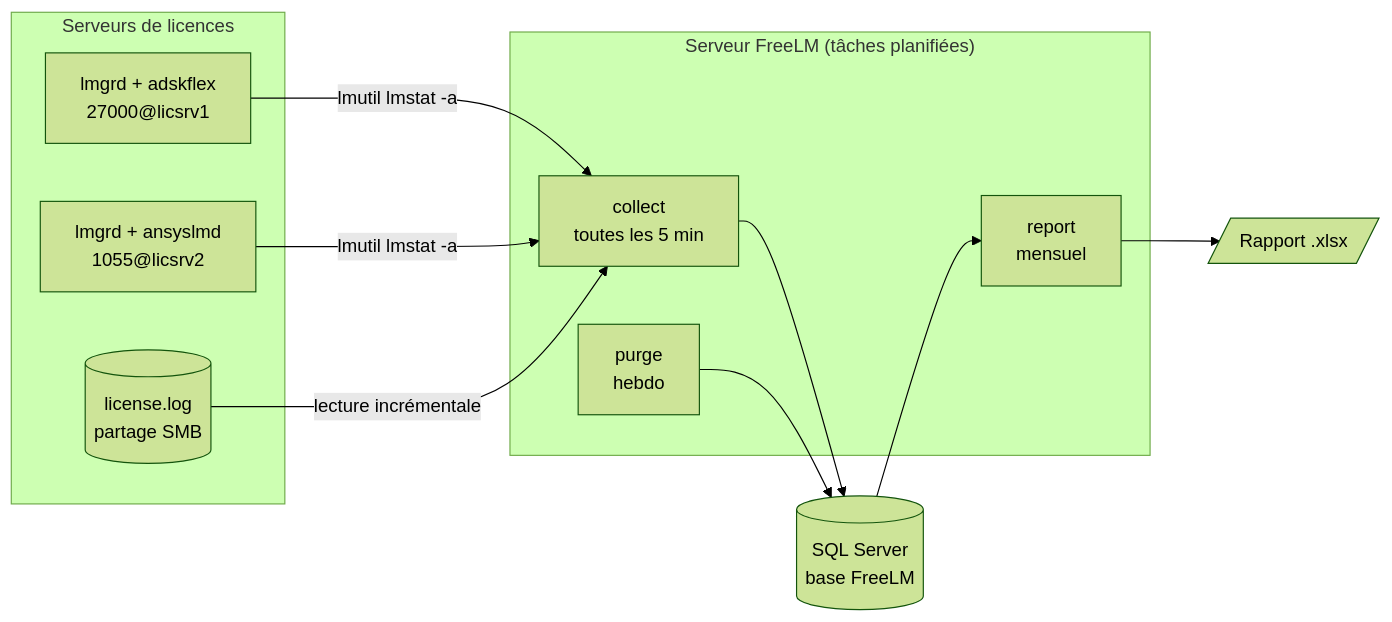
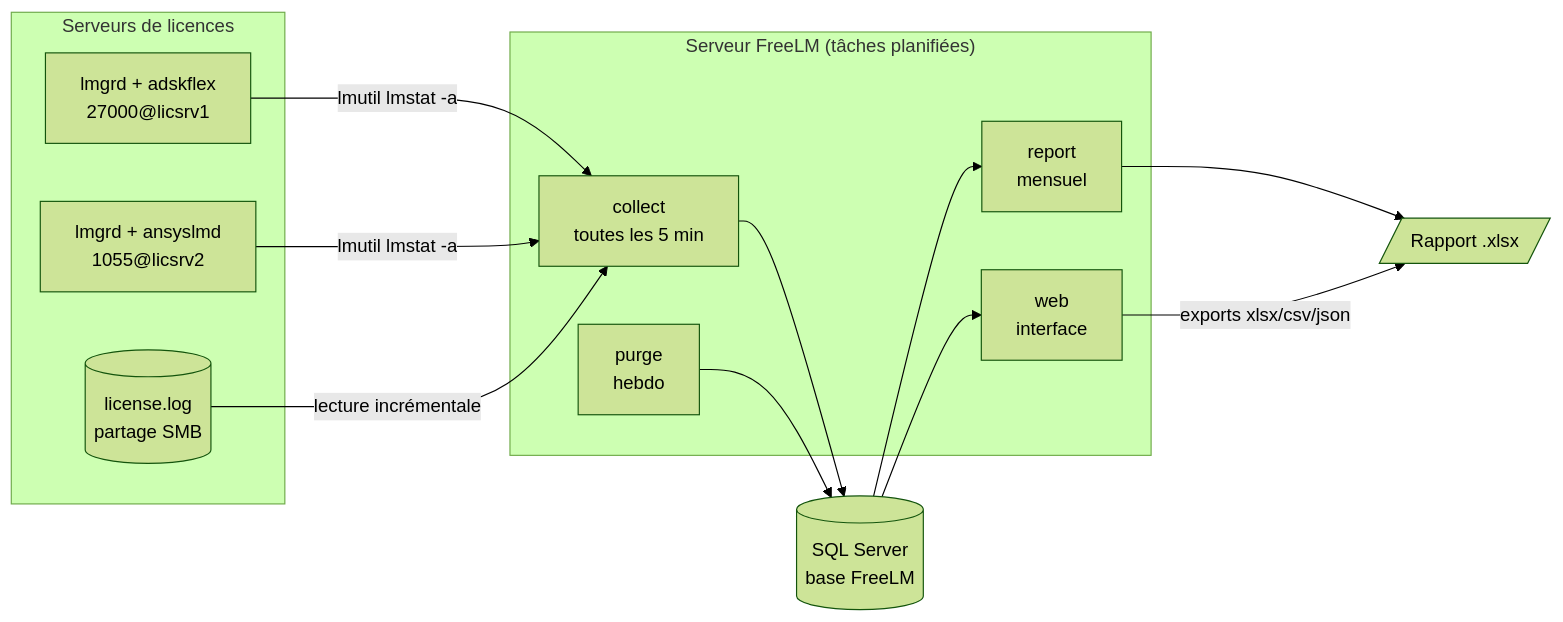
One commit to Valou94460/HEPTAGONES-LM changed the first of 3 diagrams in docs/ARCHITECTURE.md. Above: the diagram before and after it, drawn with Mermaid (forest theme). The commit also changed other lines of this file and 18 other files, not shown here.

````diff
--- a/docs/ARCHITECTURE.md
+++ b/docs/ARCHITECTURE.md
@@ -9,24 +10,26 @@
 ```mermaid
 flowchart LR
     subgraph Serveurs de licences
         A1[lmgrd + adskflex<br/>27000@licsrv1]
         A2[lmgrd + ansyslmd<br/>1055@licsrv2]
         L2[(license.log<br/>partage SMB)]
     end
 
     subgraph "Serveur FreeLM (tâches planifiées)"
         C1[collect<br/>toutes les 5 min]
         R1[report<br/>mensuel]
+        W1[web<br/>interface]
         P1[purge<br/>hebdo]
     end
 
     DB[(SQL Server<br/>base FreeLM)]
     X[/Rapport .xlsx/]
 
     A1 -- "lmutil lmstat -a" --> C1
     A2 -- "lmutil lmstat -a" --> C1
     L2 -- "lecture incrémentale" --> C1
     C1 --> DB
     DB --> R1 --> X
+    DB --> W1 -- "exports xlsx/csv/json" --> X
     P1 --> DB
 ```
````
